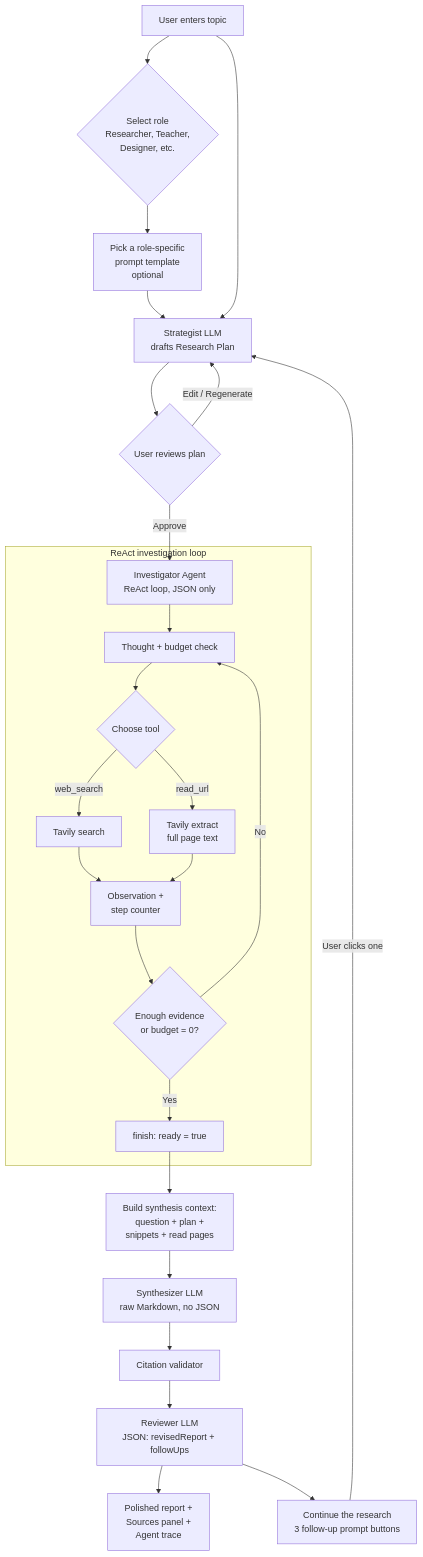
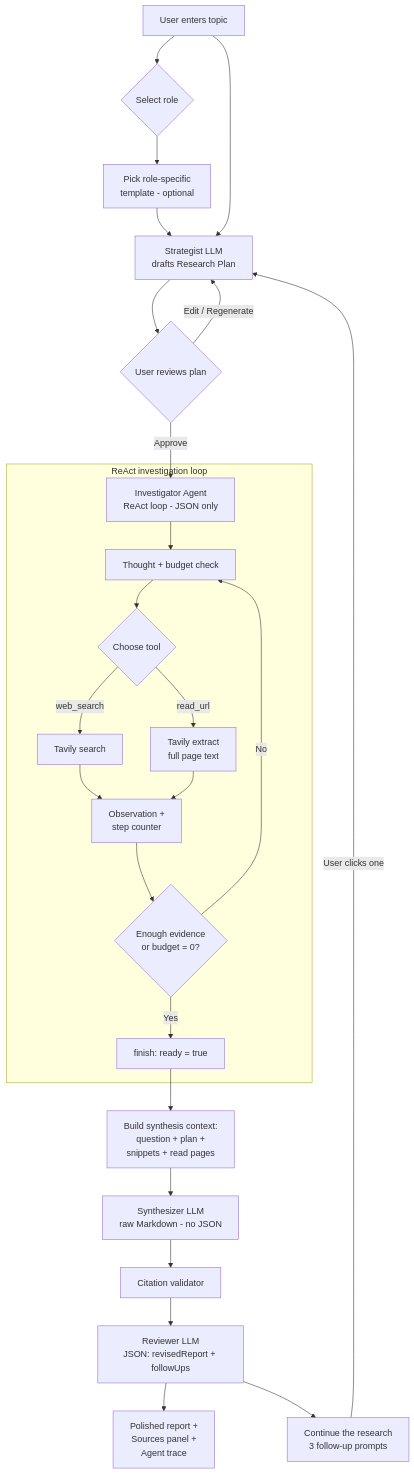
The first of 3 diagrams in README.md (jayrosen-design/deep-researcher-agent), drawn with Mermaid before and after one commit. The commit also changed other lines of this file, not shown here.

````diff
--- a/README.md
+++ b/README.md
@@ -77,30 +66,30 @@
 ```mermaid
 flowchart TD
-    U[User enters topic] --> R{Select role<br/>Researcher, Teacher,<br/>Designer, etc.}
-    R --> T[Pick a role-specific<br/>prompt template<br/>optional]
+    U[User enters topic] --> R{Select role}
+    R --> T[Pick role-specific<br/>template - optional]
     T --> S[Strategist LLM<br/>drafts Research Plan]
     U --> S
     S --> P{User reviews plan}
     P -->|Edit / Regenerate| S
-    P -->|Approve| I[Investigator Agent<br/>ReAct loop, JSON only]
+    P -->|Approve| I[Investigator Agent<br/>ReAct loop - JSON only]
 
     subgraph LOOP [ReAct investigation loop]
       I --> TH[Thought + budget check]
       TH --> AC{Choose tool}
       AC -->|web_search| WS[Tavily search]
       AC -->|read_url| RU[Tavily extract<br/>full page text]
       WS --> OB[Observation +<br/>step counter]
       RU --> OB
       OB --> DEC{Enough evidence<br/>or budget = 0?}
       DEC -->|No| TH
       DEC -->|Yes| FIN[finish: ready = true]
     end
 
     FIN --> CTX[Build synthesis context:<br/>question + plan +<br/>snippets + read pages]
-    CTX --> SY[Synthesizer LLM<br/>raw Markdown, no JSON]
+    CTX --> SY[Synthesizer LLM<br/>raw Markdown - no JSON]
     SY --> CV[Citation validator]
     CV --> RV[Reviewer LLM<br/>JSON: revisedReport + followUps]
     RV --> OUT[Polished report +<br/>Sources panel +<br/>Agent trace]
-    RV --> FU[Continue the research<br/>3 follow-up prompt buttons]
+    RV --> FU[Continue the research<br/>3 follow-up prompts]
     FU -->|User clicks one| S
 ```
````
